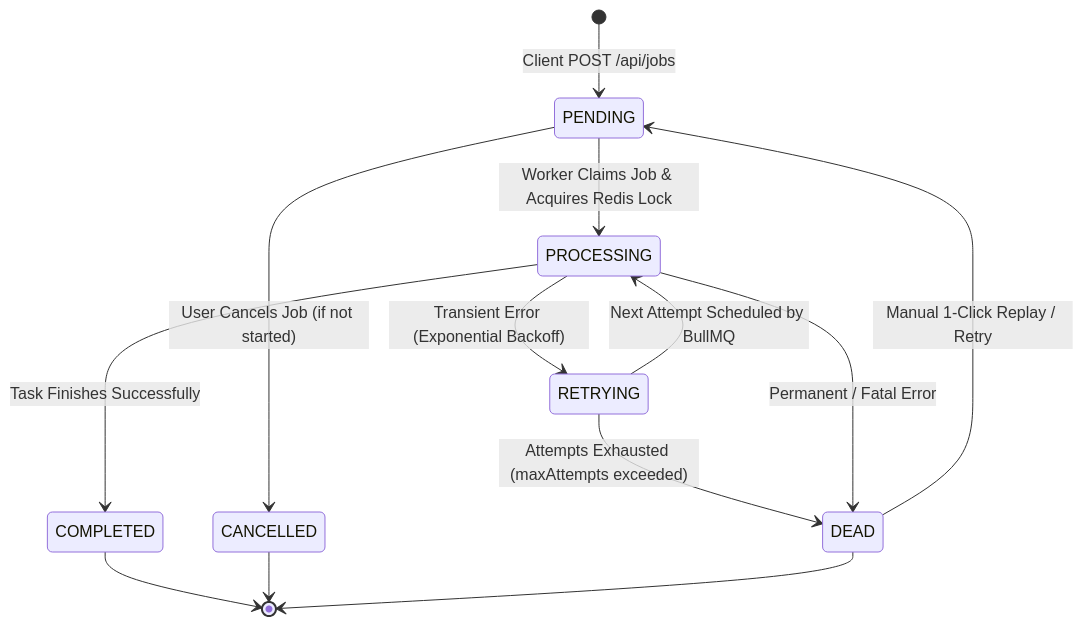
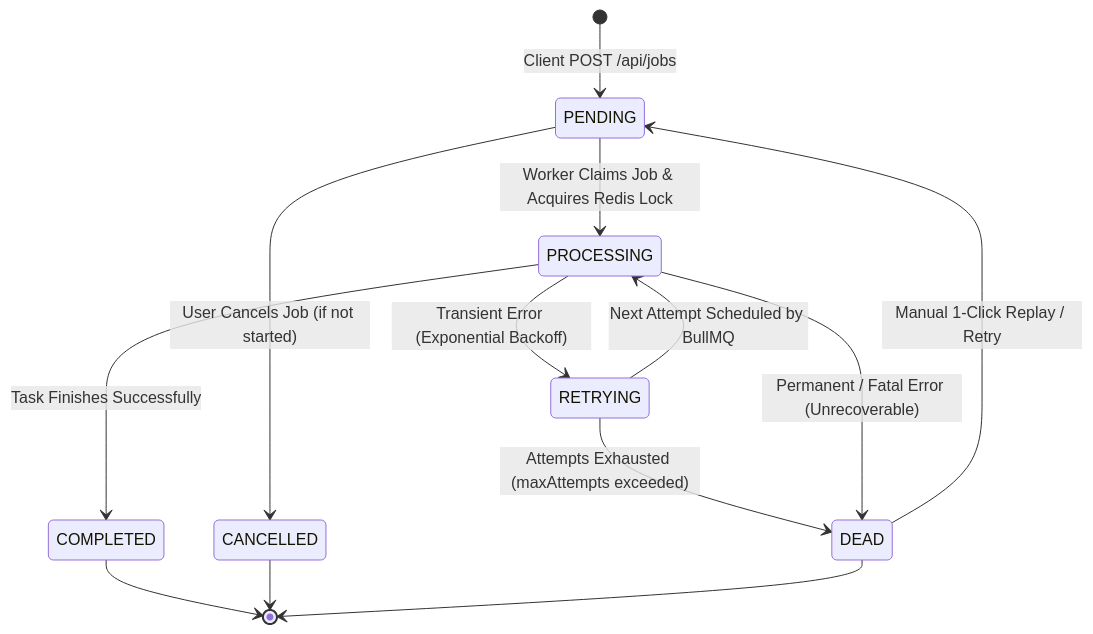
The second of 2 diagrams in README.md (buildwithrishabh/Distributed-Job-Processing-Platform), drawn with Mermaid before and after one commit. The commit also changed other lines of this file and 11 other files, not shown here.

````diff
--- a/README.md
+++ b/README.md
@@ -90,19 +106,19 @@
 ```mermaid
 stateDiagram-v2
     [*] --> PENDING : Client POST /api/jobs
     PENDING --> CANCELLED : User Cancels Job (if not started)
     PENDING --> PROCESSING : Worker Claims Job & Acquires Redis Lock
     
     PROCESSING --> COMPLETED : Task Finishes Successfully
     PROCESSING --> RETRYING : Transient Error (Exponential Backoff)
     
     RETRYING --> PROCESSING : Next Attempt Scheduled by BullMQ
     RETRYING --> DEAD : Attempts Exhausted (maxAttempts exceeded)
     
-    PROCESSING --> DEAD : Permanent / Fatal Error
+    PROCESSING --> DEAD : Permanent / Fatal Error (Unrecoverable)
     
     DEAD --> PENDING : Manual 1-Click Replay / Retry
     COMPLETED --> [*]
     CANCELLED --> [*]
     DEAD --> [*]
 ```
````
